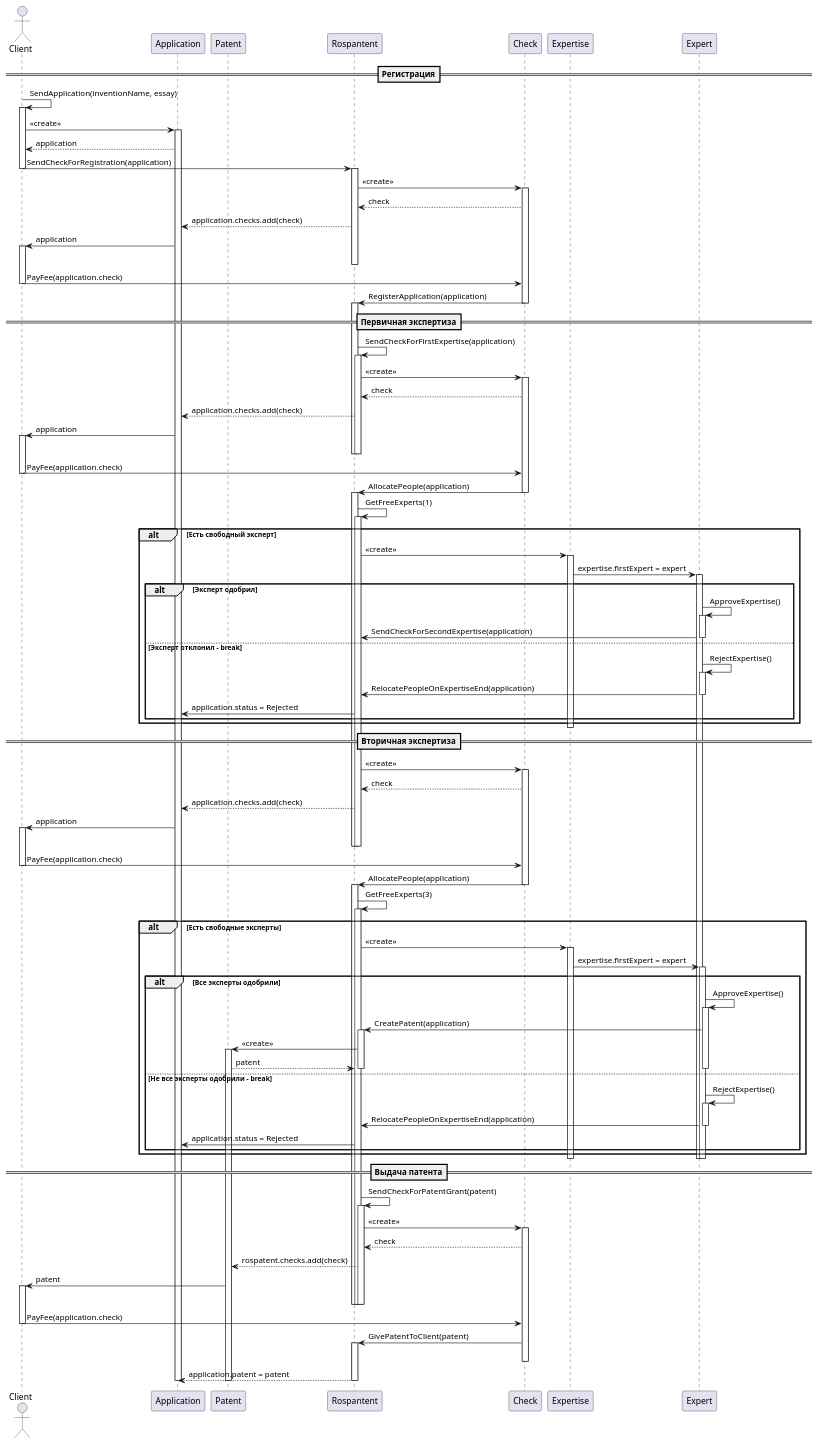
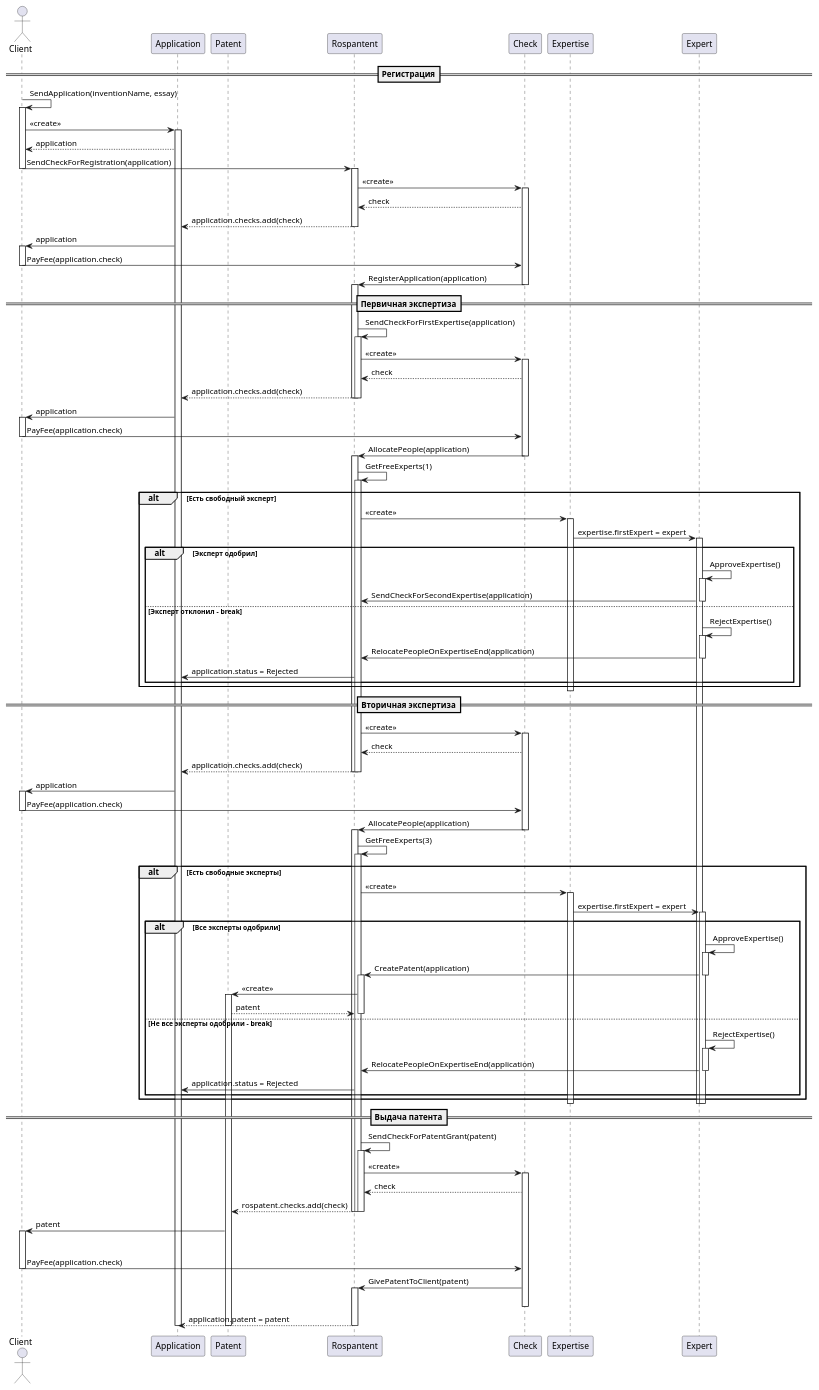
One commit to DmitryZero/OOP_Testing changed the diagram in plantuml/sequenceDiagramm/patentRegistration.puml. Above: the diagram before and after it, drawn with PlantUML. The commit also changed 38 other files, not shown here.

```diff
--- a/plantuml/sequenceDiagramm/patentRegistration.puml
+++ b/plantuml/sequenceDiagramm/patentRegistration.puml
@@ -1,145 +1,148 @@
 @startuml "SequenceDiagrammPatentRegistration"
 actor Client 
 participant Application
 participant Patent
 participant Rospantent
 participant Check
 participant Expertise
 participant Expert
 
 ==Регистрация==
 
 Client->Client: SendApplication(inventionName, essay)
 activate Client
 Client->Application : <<create>>
 activate Application
 Client<--Application: application
 
 Client->Rospantent : SendCheckForRegistration(application)
 deactivate Client
 activate Rospantent
 Rospantent->Check: <<create>>
 activate Check
 Rospantent<--Check: check
 Application<--Rospantent: application.checks.add(check)
+deactivate Rospantent
 Client<-Application: application
 activate Client
-deactivate Rospantent
 
 Client -> Check: PayFee(application.check)
 deactivate Client
 Rospantent <- Check: RegisterApplication(application)
 deactivate Check
 
 ==Первичная экспертиза==
 activate Rospantent
 Rospantent -> Rospantent: SendCheckForFirstExpertise(application)
 activate Rospantent
 
 Rospantent->Check: <<create>>
 activate Check
 Rospantent<--Check: check
 Application<--Rospantent: application.checks.add(check)
+deactivate Rospantent
+deactivate Rospantent
 Client<-Application: application
 activate Client
-deactivate Rospantent
-deactivate  Rospantent
 
 Client -> Check: PayFee(application.check)
 deactivate Client
 Rospantent <- Check: AllocatePeople(application)
 deactivate Check
 activate Rospantent
 Rospantent->Rospantent: GetFreeExperts(1)
 activate Rospantent
 
 alt Есть свободный эксперт
     Rospantent->Expertise: <<create>>
     activate Expertise
     Expertise->Expert: expertise.firstExpert = expert
     activate Expert
 
     alt Эксперт одобрил
         Expert->Expert: ApproveExpertise()
         activate Expert
         Expert->Rospantent: SendCheckForSecondExpertise(application)
         deactivate Expert
     else Эксперт отклонил - break
         Expert->Expert: RejectExpertise()
         activate Expert
         Expert->Rospantent: RelocatePeopleOnExpertiseEnd(application)
         deactivate Expert
         Rospantent->Application: application.status = Rejected                
     end
 end
 deactivate Expertise   
 
 ==Вторичная экспертиза==
 Rospantent->Check: <<create>>
 activate Check
 Rospantent<--Check: check
 Application<--Rospantent: application.checks.add(check)
+deactivate Rospantent
+deactivate Rospantent
 Client<-Application: application
 activate Client
-deactivate Rospantent
-deactivate  Rospantent
 
 Client -> Check: PayFee(application.check)
 deactivate Client
 Rospantent <- Check: AllocatePeople(application)
 deactivate Check
 activate Rospantent
 Rospantent->Rospantent: GetFreeExperts(3)
 activate Rospantent
 
 alt Есть свободные эксперты
     Rospantent->Expertise: <<create>>
     activate Expertise
     Expertise->Expert: expertise.firstExpert = expert
     activate Expert
 
     alt Все эксперты одобрили
         Expert->Expert: ApproveExpertise()
         activate Expert
-        Expert->Rospantent: CreatePatent(application) 
+        Expert->Rospantent: CreatePatent(application)
+        deactivate Expert 
         activate Rospantent       
         Patent<-Rospantent: <<create>>
         activate Patent
         Patent-->Rospantent: patent
         deactivate Rospantent
-        deactivate Expert
     else Не все эксперты одобрили - break
         Expert->Expert: RejectExpertise()
         activate Expert
         Expert->Rospantent: RelocatePeopleOnExpertiseEnd(application)
         deactivate Expert
         Rospantent->Application: application.status = Rejected                
     end
 end
 deactivate Expertise  
 deactivate Expert
 deactivate Expert
 
 ==Выдача патента==
 Rospantent->Rospantent: SendCheckForPatentGrant(patent)
 activate Rospantent
 Rospantent->Check: <<create>>
 activate Check
 Rospantent<--Check: check
 Patent<--Rospantent: rospatent.checks.add(check)
+deactivate Rospantent
+deactivate Rospantent
+deactivate Rospantent
 Client<-Patent: patent
 activate Client
 deactivate Rospantent
 deactivate  Rospantent
 deactivate Rospantent
 
 Client -> Check: PayFee(application.check)
 deactivate Client
 Rospantent <- Check: GivePatentToClient(patent)
 activate Rospantent
 deactivate Check
 Application<--Rospantent: application.patent = patent
 deactivate Rospantent
 deactivate Application
 deactivate Patent
 @enduml
```
